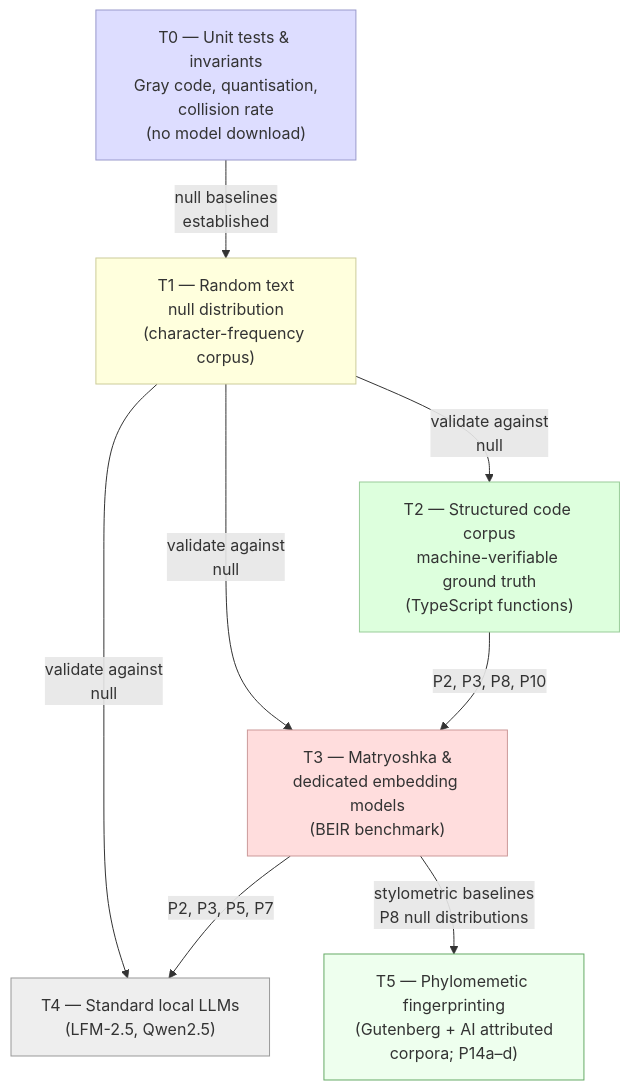
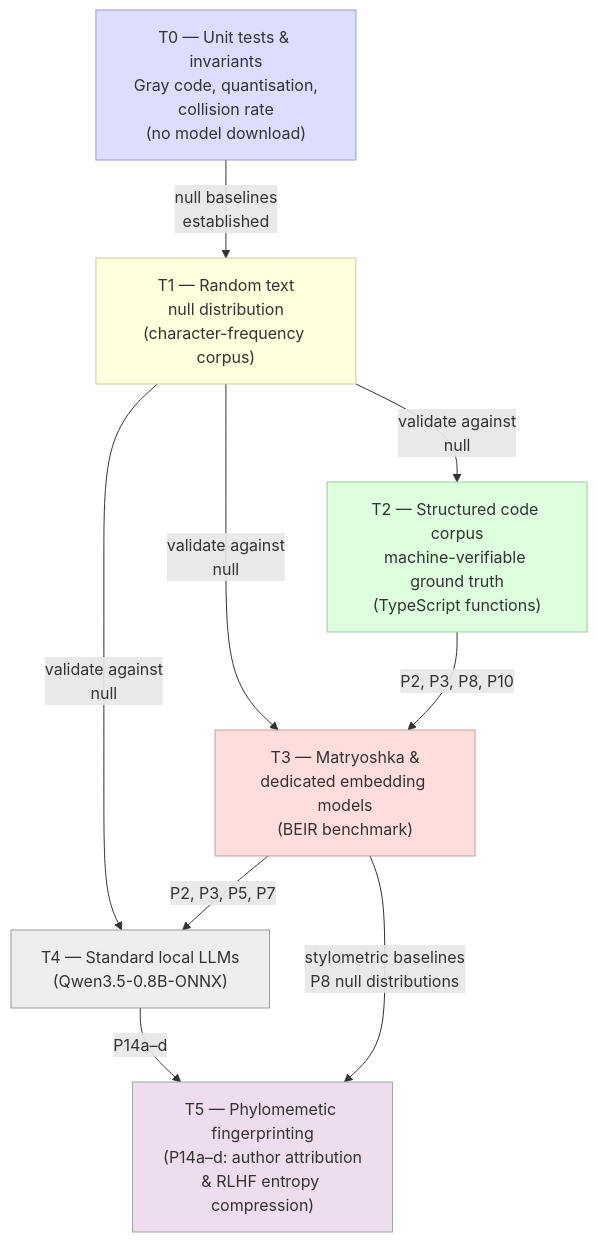
The diagram in TESTING.md (devlux76/q2), drawn with Mermaid before and after one commit. The commit also changed other lines of this file and 5 other files, not shown here.

````diff
--- a/TESTING.md
+++ b/TESTING.md
@@ -44,24 +44,25 @@
 ```mermaid
 flowchart TD
     T0["T0 — Unit tests & invariants\nGray code, quantisation,\ncollision rate\n(no model download)"]
     T1["T1 — Random text\nnull distribution\n(character-frequency corpus)"]
     T2["T2 — Structured code corpus\nmachine-verifiable ground truth\n(TypeScript functions)"]
     T3["T3 — Matryoshka &\ndedicated embedding models\n(BEIR benchmark)"]
-    T4["T4 — Standard local LLMs\n(LFM-2.5, Qwen2.5)"]
-    T5["T5 — Phylomemetic fingerprinting\n(Gutenberg + AI attributed\ncorpora; P14a–d)"]
+    T4["T4 — Standard local LLMs\n(Qwen3.5-0.8B-ONNX)"]
+    T5["T5 — Phylomemetic fingerprinting\n(P14a–d: author attribution\n& RLHF entropy compression)"]
 
     T0 -->|"null baselines\nestablished"| T1
     T1 -->|"validate against\nnull"| T2
     T1 -->|"validate against\nnull"| T3
     T1 -->|"validate against\nnull"| T4
     T2 -->|"P2, P3, P8, P10"| T3
     T3 -->|"P2, P3, P5, P7"| T4
+    T4 -->|"P14a–d"| T5
     T3 -->|"stylometric baselines\nP8 null distributions"| T5
 
     style T0 fill:#ddf,stroke:#99c
     style T1 fill:#ffd,stroke:#cc9
     style T2 fill:#dfd,stroke:#9c9
     style T3 fill:#fdd,stroke:#c99
     style T4 fill:#eee,stroke:#999
-    style T5 fill:#efe,stroke:#6a6
+    style T5 fill:#ede,stroke:#9a9
 ```
````
